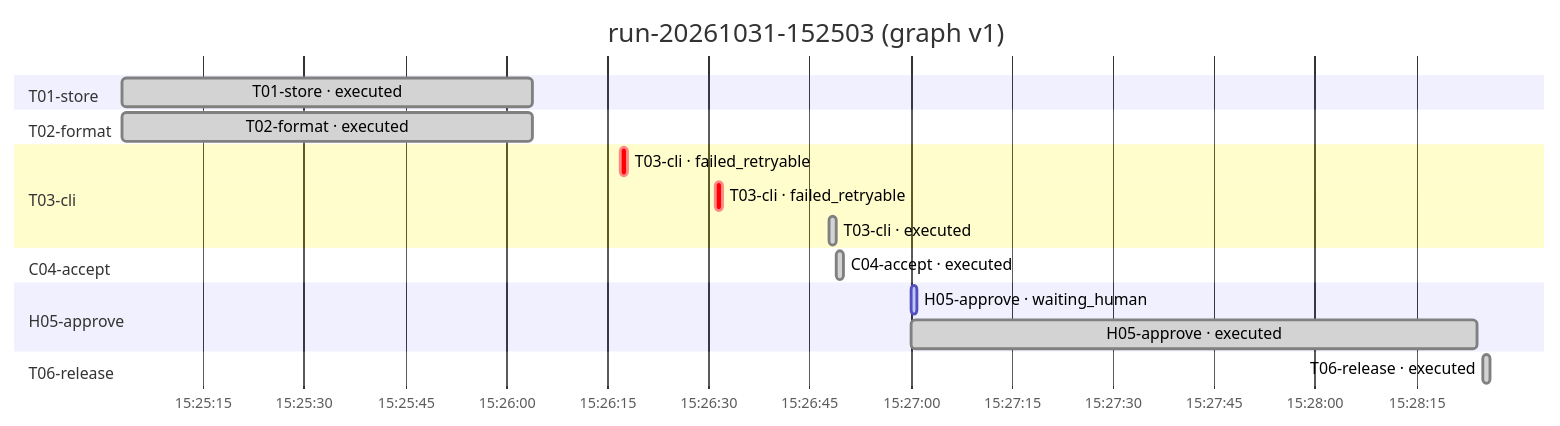
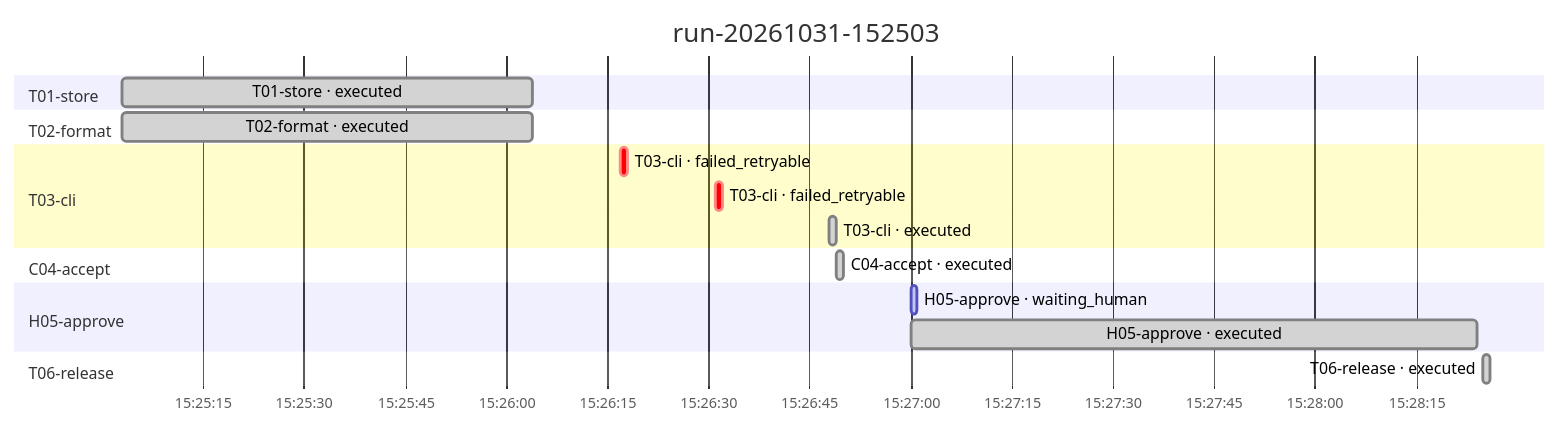
Before and after one commit to MoonGyuWon/moonengineering: the diagram in examples/todo-cli/diagrams/timeline.md, drawn with Mermaid. The commit also changed other lines of this file and 53 other files, not shown here.

First line of the commit message:
Judge product structure, add graph runtime, slim dev-graph machinery

````diff
--- a/examples/todo-cli/diagrams/timeline.md
+++ b/examples/todo-cli/diagrams/timeline.md
@@ -8,24 +8,24 @@
 ```mermaid
 gantt
-  title run-20261031-152503 (graph v1)
+  title run-20261031-152503
   dateFormat YYYY-MM-DDTHH:mm:ss
   axisFormat %H:%M:%S
   section T01-store
   T01-store · executed :done, 2026-10-31T15:25:03, 2026-10-31T15:26:04
   section T02-format
   T02-format · executed :done, 2026-10-31T15:25:03, 2026-10-31T15:26:04
   section T03-cli
   T03-cli · failed_retryable :crit, 2026-10-31T15:26:17, 2026-10-31T15:26:18
   section T03-cli
   T03-cli · failed_retryable :crit, 2026-10-31T15:26:31, 2026-10-31T15:26:32
   section T03-cli
   T03-cli · executed :done, 2026-10-31T15:26:48, 2026-10-31T15:26:49
   section C04-accept
   C04-accept · executed :done, 2026-10-31T15:26:49, 2026-10-31T15:26:50
   section H05-approve
   H05-approve · waiting_human :active, 2026-10-31T15:27:00, 2026-10-31T15:27:01
   section H05-approve
   H05-approve · executed :done, 2026-10-31T15:27:00, 2026-10-31T15:28:24
   section T06-release
   T06-release · executed :done, 2026-10-31T15:28:25, 2026-10-31T15:28:26
 ```
````
